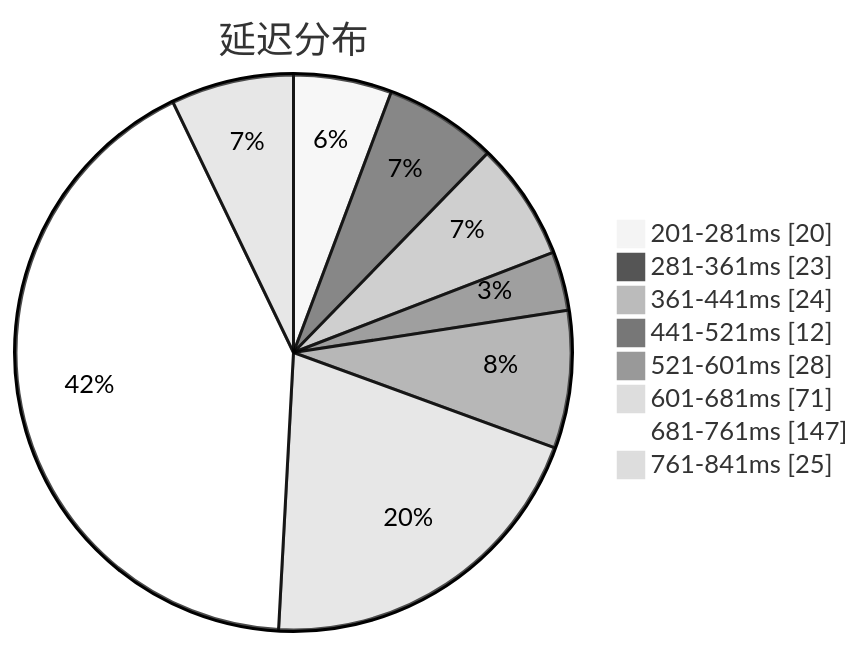
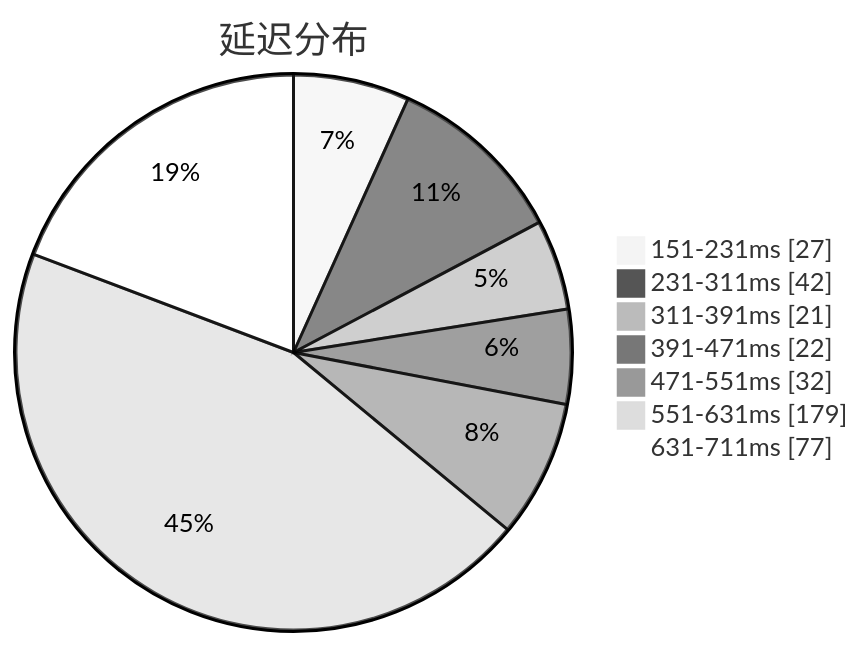
Before and after one commit to qjlxg/airport: the first of 3 diagrams in subs/statistics/tested_within.md, drawn with Mermaid (neutral theme). The commit also changed other lines of this file and 2 other files, not shown here.

Commit message:
Tested by metaST

````diff
--- a/subs/statistics/tested_within.md
+++ b/subs/statistics/tested_within.md
@@ -2,12 +2,11 @@
 ```mermaid
 pie showData
 title 延迟分布
-"201-281ms" : 20
-"281-361ms" : 23
-"361-441ms" : 24
-"441-521ms" : 12
-"521-601ms" : 28
-"601-681ms" : 71
-"681-761ms" : 147
-"761-841ms" : 25
+"151-231ms" : 27
+"231-311ms" : 42
+"311-391ms" : 21
+"391-471ms" : 22
+"471-551ms" : 32
+"551-631ms" : 179
+"631-711ms" : 77
 ```
````
